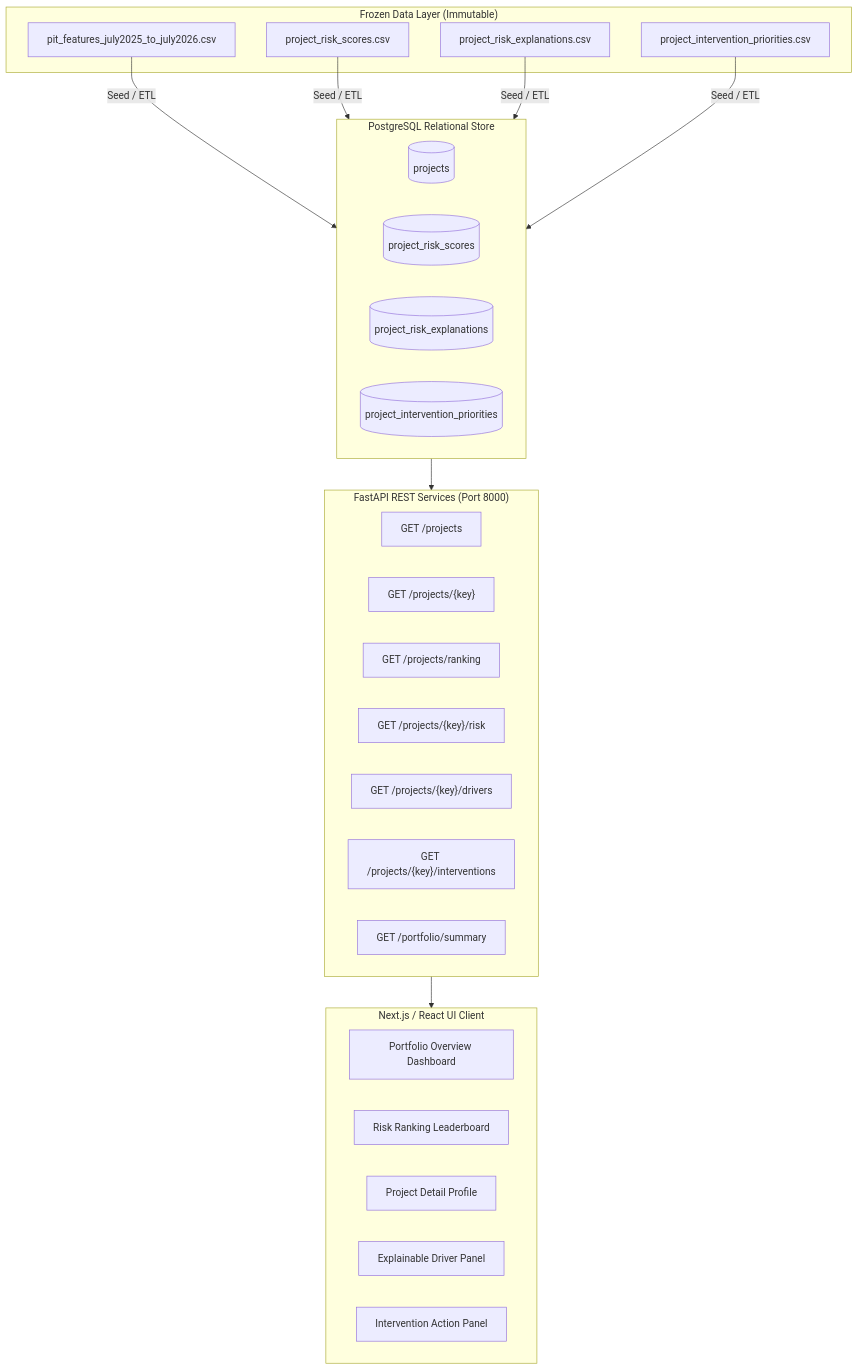
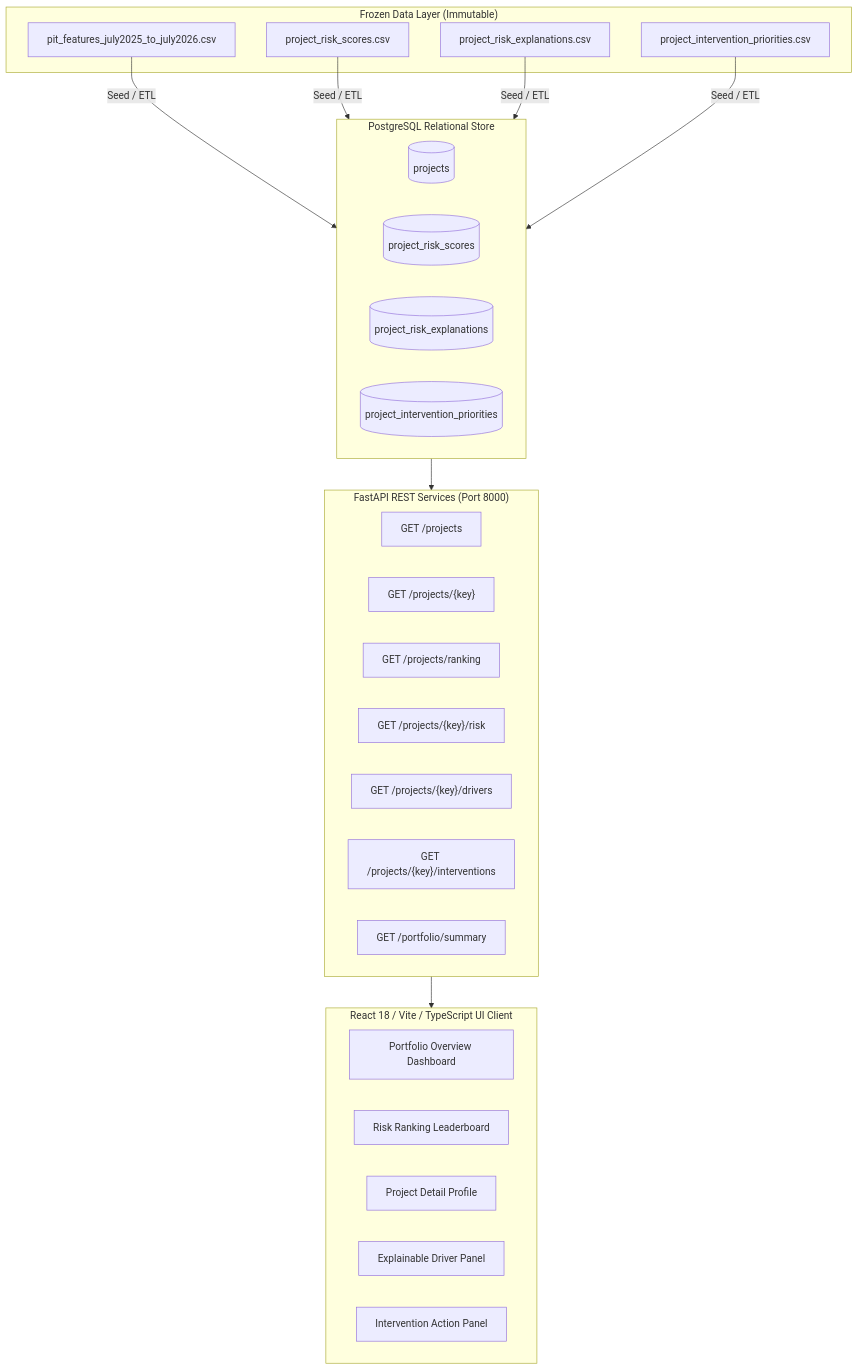
Before and after one commit to yesh177/SIH26103_Use-case-on-web-based-integrated-project-monitoring-platform: the diagram in reports/module4_frontend_backend_handoff.md, drawn with Mermaid. The commit also changed other lines of this file and 8 other files, not shown here.

````diff
--- a/reports/module4_frontend_backend_handoff.md
+++ b/reports/module4_frontend_backend_handoff.md
@@ -15,38 +15,38 @@
 ```mermaid
 flowchart TD
     subgraph DataLayer ["Frozen Data Layer (Immutable)"]
         D1["pit_features_july2025_to_july2026.csv"]
         D2["project_risk_scores.csv"]
         D3["project_risk_explanations.csv"]
         D4["project_intervention_priorities.csv"]
     end
 
     subgraph RelationalDB ["PostgreSQL Relational Store"]
         T1[("projects")]
         T2[("project_risk_scores")]
         T3[("project_risk_explanations")]
         T4[("project_intervention_priorities")]
     end
 
     subgraph BackendAPI ["FastAPI REST Services (Port 8000)"]
         E1["GET /projects"]
         E2["GET /projects/{key}"]
         E3["GET /projects/ranking"]
         E4["GET /projects/{key}/risk"]
         E5["GET /projects/{key}/drivers"]
         E6["GET /projects/{key}/interventions"]
         E7["GET /portfolio/summary"]
     end
 
-    subgraph FrontendApp ["Next.js / React UI Client"]
+    subgraph FrontendApp ["React 18 / Vite / TypeScript UI Client"]
         C1["Portfolio Overview Dashboard"]
         C2["Risk Ranking Leaderboard"]
         C3["Project Detail Profile"]
         C4["Explainable Driver Panel"]
         C5["Intervention Action Panel"]
     end
 
     D1 & D2 & D3 & D4 -->|Seed / ETL| RelationalDB
     RelationalDB --> BackendAPI
     BackendAPI --> FrontendApp
 ```
````
